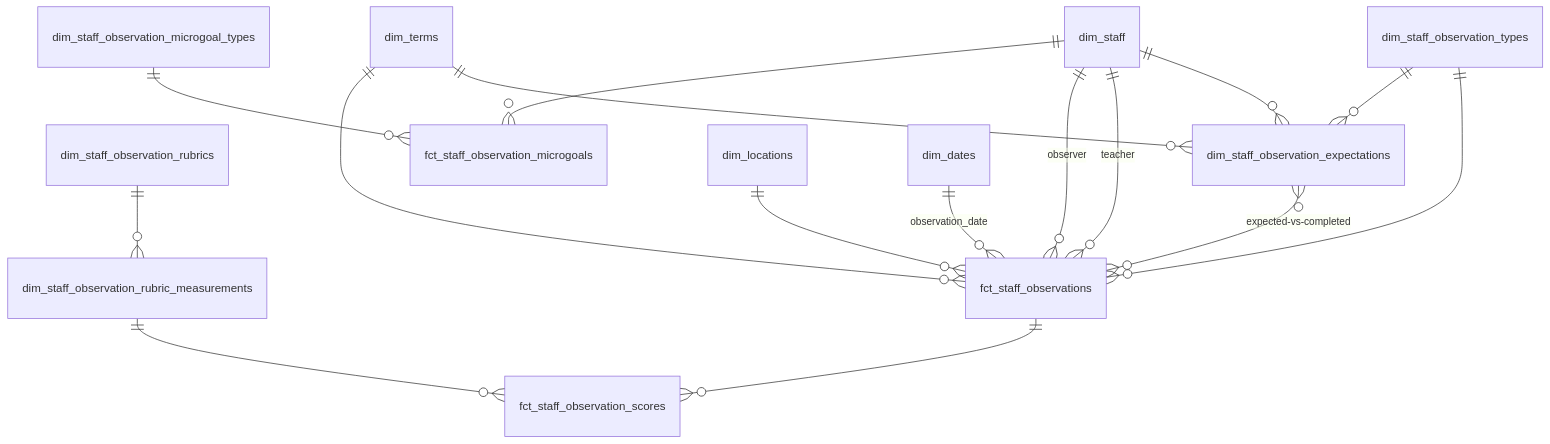
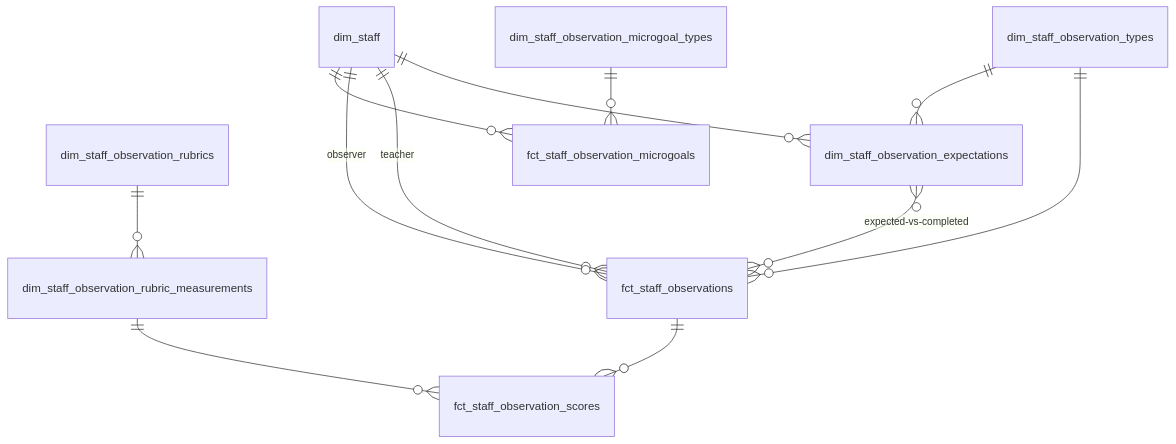
The fifth of 10 diagrams in docs/superpowers/specs/2026-03-27-star-schema-data-mart-design.md (TEAMSchools/teamster), drawn with Mermaid before and after one commit. The commit also changed other lines of this file, not shown here.

First line of the commit message:
docs: omit conformed dims from star-schema ERDs

````diff
--- a/docs/superpowers/specs/2026-03-27-star-schema-data-mart-design.md
+++ b/docs/superpowers/specs/2026-03-27-star-schema-data-mart-design.md
@@ -626,18 +612,14 @@
 ```mermaid
 erDiagram
     dim_staff_observation_rubrics ||--o{ dim_staff_observation_rubric_measurements : ""
     dim_staff_observation_types ||--o{ fct_staff_observations : ""
     dim_staff_observation_types ||--o{ dim_staff_observation_expectations : ""
     dim_staff ||--o{ dim_staff_observation_expectations : ""
     dim_staff ||--o{ fct_staff_observations : "teacher"
     dim_staff ||--o{ fct_staff_observations : "observer"
     fct_staff_observations ||--o{ fct_staff_observation_scores : ""
     dim_staff_observation_rubric_measurements ||--o{ fct_staff_observation_scores : ""
     dim_staff_observation_microgoal_types ||--o{ fct_staff_observation_microgoals : ""
     dim_staff ||--o{ fct_staff_observation_microgoals : ""
     dim_staff_observation_expectations }o--o{ fct_staff_observations : "expected-vs-completed"
-    dim_terms ||--o{ dim_staff_observation_expectations : ""
-    dim_terms ||--o{ fct_staff_observations : ""
-    dim_locations ||--o{ fct_staff_observations : ""
-    dim_dates ||--o{ fct_staff_observations : "observation_date"
 ```
````
